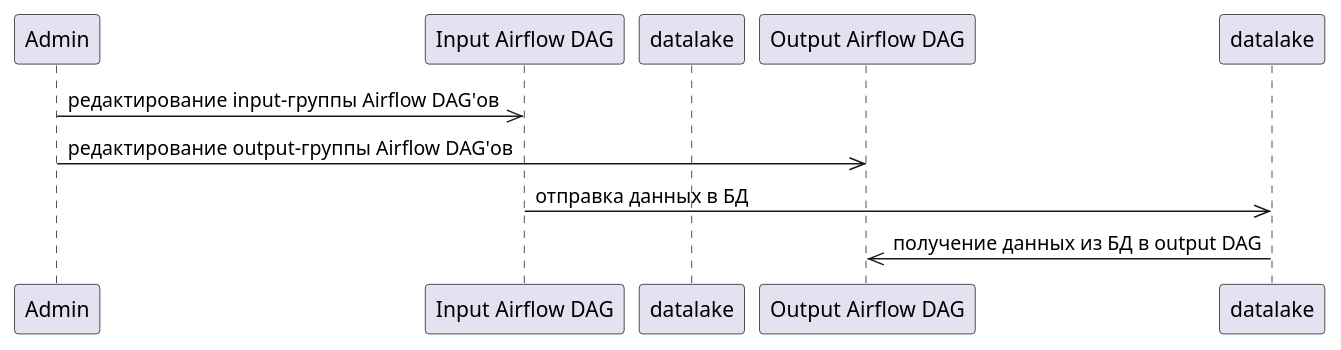
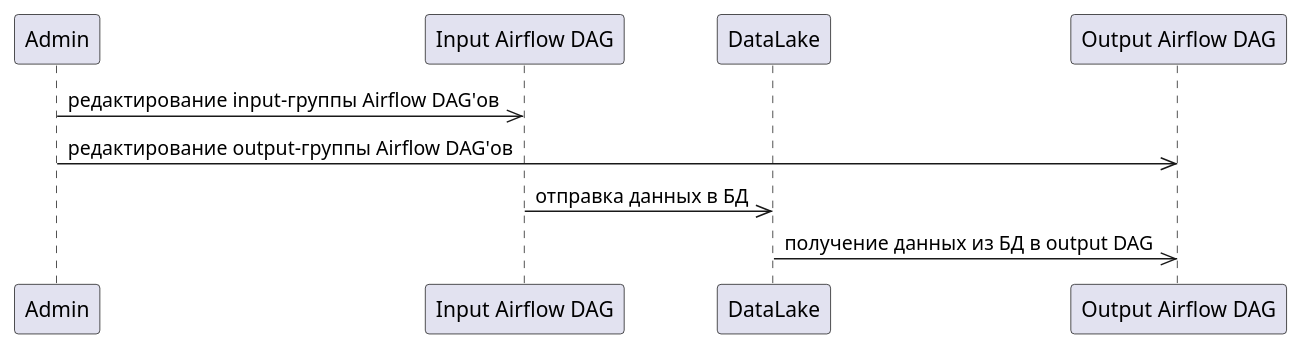
Before and after one commit to etlteam/docs: the diagram in diagrams/sequence_diagram.puml, drawn with PlantUML.

```diff
--- a/diagrams/sequence_diagram.puml
+++ b/diagrams/sequence_diagram.puml
@@ -1,11 +1,11 @@
 @startuml
 participant Admin
 participant input_dag as "Input Airflow DAG"
-participant datalake as DataLake
+participant DataLake
 participant output_dag as "Output Airflow DAG"
 
 Admin ->> input_dag: редактирование input-группы Airflow DAG'ов
 Admin ->> output_dag: редактирование output-группы Airflow DAG'ов
-input_dag ->> datalake:  отправка данных в БД
-datalake ->> output_dag: получение данных из БД в output DAG
+input_dag ->> DataLake:  отправка данных в БД
+DataLake ->> output_dag: получение данных из БД в output DAG
 @enduml
```
